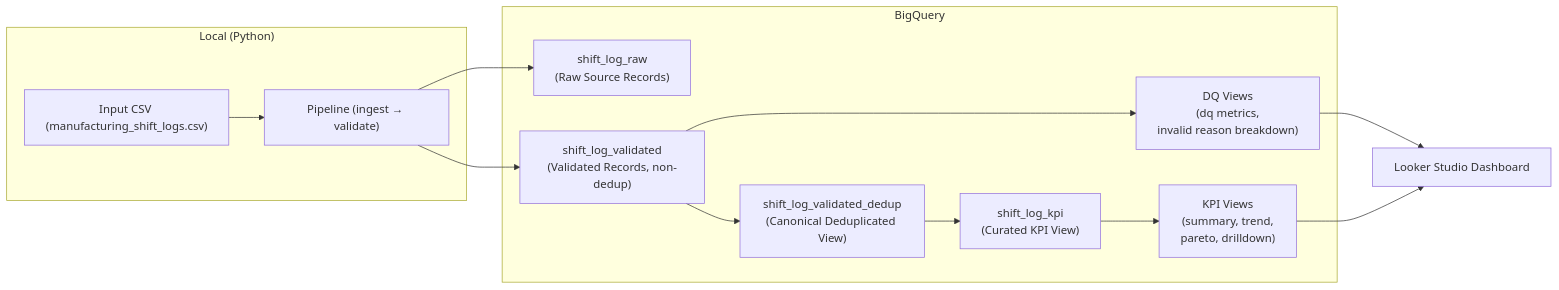
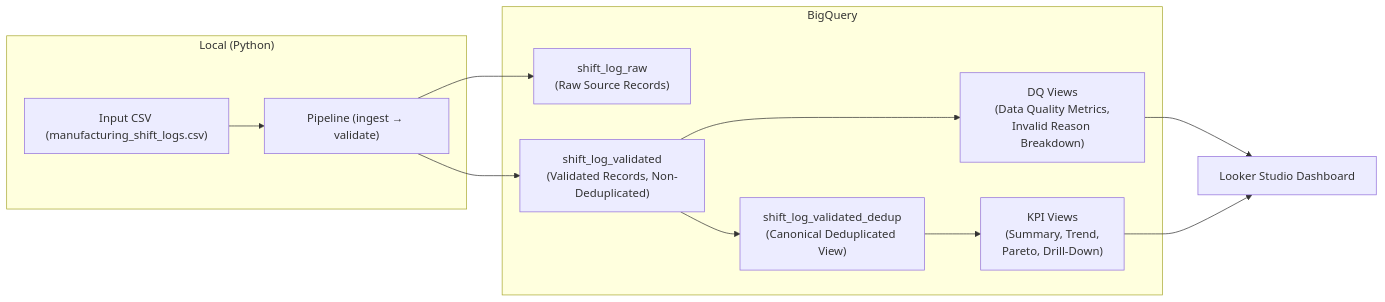
Before and after one commit to yshio2117/manufacturing-ops-data-quality-monitoring: the diagram in README.md, drawn with Mermaid. The commit also changed other lines of this file, not shown here.

Commit message:
docs: update README with project overview and data specifications

````diff
--- a/README.md
+++ b/README.md
@@ -62,28 +70,27 @@
 ```mermaid
 flowchart LR
 
   subgraph Local["Local (Python)"]
     CSV["Input CSV (manufacturing_shift_logs.csv)"]
     PIPE["Pipeline (ingest → validate)"]
   end
 
   subgraph BQ["BigQuery"]
     RAW["shift_log_raw\n(Raw Source Records)"]
-    VAL["shift_log_validated\n(Validated Records, non-dedup)"]
-    DQV["DQ Views\n(dq metrics,\ninvalid reason breakdown)"]
+    VAL["shift_log_validated\n(Validated Records, Non-Deduplicated)"]
+    DQV["DQ Views\n(Data Quality Metrics,\nInvalid Reason Breakdown)"]
     DEDUP["shift_log_validated_dedup\n(Canonical Deduplicated View)"]
-    KPI["shift_log_kpi\n(Curated KPI View)"]
-    KPIV["KPI Views\n(summary, trend,\npareto, drilldown)"]
+    KPIV["KPI Views\n(Summary, Trend,\nPareto, Drill-Down)"]
   end
 
   DASH["Looker Studio Dashboard"]
+
   CSV --> PIPE
   PIPE --> RAW
   PIPE --> VAL
   VAL --> DQV
   VAL --> DEDUP
-  DEDUP --> KPI
-  KPI --> KPIV
+  DEDUP --> KPIV
   DQV --> DASH
   KPIV --> DASH
 ```
````
